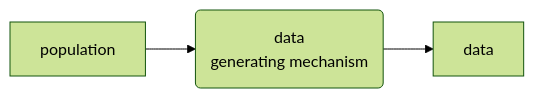
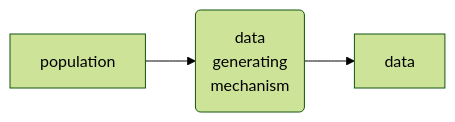
One commit to mstasinopoulos/GrossaryForDR changed diagram 14 of 19 in Glossary of distributional regression.qmd. Above: the diagram before and after it, drawn with Mermaid (forest theme). The commit also changed other lines of this file, not shown here.

````diff
--- a/Glossary of distributional regression.qmd
+++ b/Glossary of distributional regression.qmd
@@ -2286,9 +2485,8 @@
 ```{mermaid}
 %%| fig-width: 2
 %%| label: fig-mod_1
 %%| fig-cap: "The relationship of the population and the data/sample."
 flowchart LR
-  P[population] --> G(data <br/>  generating mechanism) 
+  P[population] --> G(data <br/>  generating <br/>   mechanism) 
   G --> D[data]
-
 ```
````
